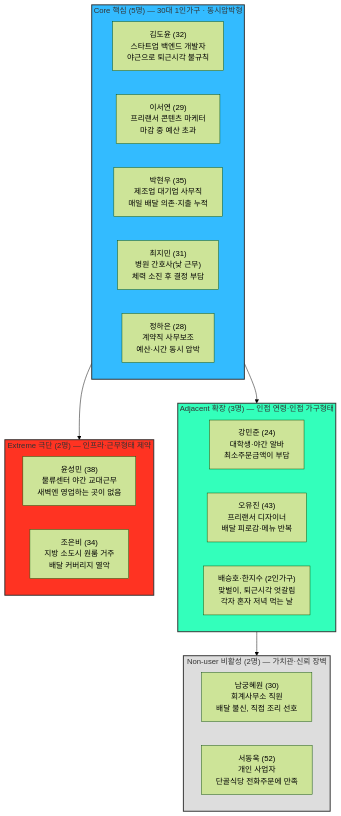
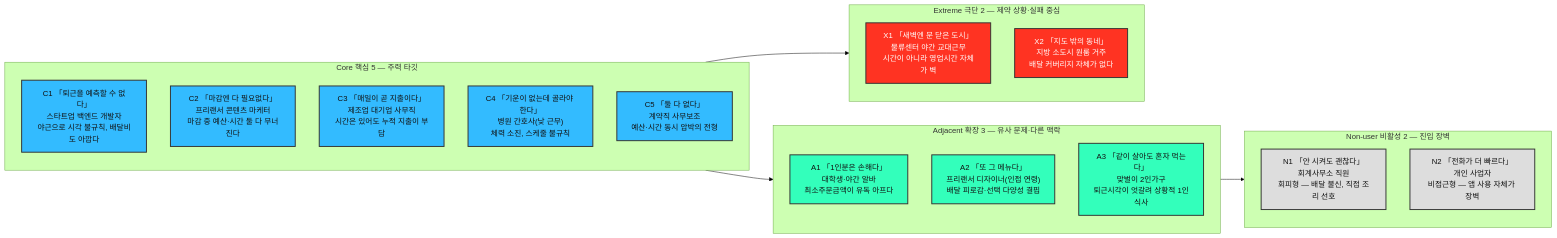
The diagram in 05.persona-journey-map/1인가구한끼해결-페르소나여정/02-페르소나스펙트럼.md (soobworks/business-research-practice), drawn with Mermaid (forest theme) before and after one commit. The commit also changed other lines of this file and 1 other file, not shown here.

````diff
--- a/05.persona-journey-map/1인가구한끼해결-페르소나여정/02-페르소나스펙트럼.md
+++ b/05.persona-journey-map/1인가구한끼해결-페르소나여정/02-페르소나스펙트럼.md
@@ -9,35 +41,42 @@
 ```mermaid
-graph TD
-    subgraph Core["Core 핵심 (5명) — 30대 1인가구 · 동시압박형"]
-        C1["김도윤 (32)<br>스타트업 백엔드 개발자<br>야근으로 퇴근시각 불규칙"]
-        C2["이서연 (29)<br>프리랜서 콘텐츠 마케터<br>마감 중 예산 초과"]
-        C3["박현우 (35)<br>제조업 대기업 사무직<br>매일 배달 의존·지출 누적"]
-        C4["최지민 (31)<br>병원 간호사(낮 근무)<br>체력 소진 후 결정 부담"]
-        C5["정하은 (28)<br>계약직 사무보조<br>예산·시간 동시 압박"]
+graph LR
+%% subgraph 안에 direction 을 넣지 말 것.
+%% 내부 노드끼리 연결선이 없어 모두 같은 rank 이므로, 진행 방향의 직각으로 배치된다.
+%% 부모의 LR 을 물려받아야 세로로 쌓이고, TB 를 주면 가로로 퍼진다.
+    subgraph CORE["Core 핵심 5 — 주력 타깃"]
+        C1["C1 「퇴근을 예측할 수 없다」<br>스타트업 백엔드 개발자<br>야근으로 시각 불규칙, 배달비도 아깝다"]
+        C2["C2 「마감엔 다 필요없다」<br>프리랜서 콘텐츠 마케터<br>마감 중 예산·시간 둘 다 무너진다"]
+        C3["C3 「매일이 곧 지출이다」<br>제조업 대기업 사무직<br>시간은 있어도 누적 지출이 부담"]
+        C4["C4 「기운이 없는데 골라야 한다」<br>병원 간호사(낮 근무)<br>체력 소진, 스케줄 불규칙"]
+        C5["C5 「둘 다 없다」<br>계약직 사무보조<br>예산·시간 동시 압박의 전형"]
     end
 
-    subgraph Adjacent["Adjacent 확장 (3명) — 인접 연령·인접 가구형태"]
-        A1["강민준 (24)<br>대학생·야간 알바<br>최소주문금액이 부담"]
-        A2["오유진 (43)<br>프리랜서 디자이너<br>배달 피로감·메뉴 반복"]
-        A3["배승호·한지수 (2인가구)<br>맞벌이, 퇴근시각 엇갈림<br>각자 혼자 저녁 먹는 날"]
+    subgraph ADJ["Adjacent 확장 3 — 유사 문제·다른 맥락"]
+        A1["A1 「1인분은 손해다」<br>대학생·야간 알바<br>최소주문금액이 유독 아프다"]
+        A2["A2 「또 그 메뉴다」<br>프리랜서 디자이너(인접 연령)<br>배달 피로감·선택 다양성 결핍"]
+        A3["A3 「같이 살아도 혼자 먹는다」<br>맞벌이 2인가구<br>퇴근시각이 엇갈려 상황적 1인식사"]
     end
 
-    subgraph Extreme["Extreme 극단 (2명) — 인프라·근무형태 제약"]
-        E1["윤성민 (38)<br>물류센터 야간 교대근무<br>새벽엔 영업하는 곳이 없음"]
-        E2["조은비 (34)<br>지방 소도시 원룸 거주<br>배달 커버리지 열악"]
+    subgraph EXT["Extreme 극단 2 — 제약 상황·실패 중심"]
+        X1["X1 「새벽엔 문 닫은 도시」<br>물류센터 야간 교대근무<br>시간이 아니라 영업시간 자체가 벽"]
+        X2["X2 「지도 밖의 동네」<br>지방 소도시 원룸 거주<br>배달 커버리지 자체가 없다"]
     end
 
-    subgraph Nonuser["Non-user 비활성 (2명) — 가치관·신뢰 장벽"]
-        N1["남궁혜원 (30)<br>회계사무소 직원<br>배달 불신, 직접 조리 선호"]
-        N2["서동욱 (52)<br>개인 사업자<br>단골식당 전화주문에 만족"]
+    subgraph NON["Non-user 비활성 2 — 진입 장벽"]
+        N1["N1 「안 시켜도 괜찮다」<br>회계사무소 직원<br>회피형 — 배달 불신, 직접 조리 선호"]
+        N2["N2 「전화가 더 빠르다」<br>개인 사업자<br>비접근형 — 앱 사용 자체가 장벽"]
     end
 
-    Core --> Adjacent
-    Core --> Extreme
-    Adjacent --> Nonuser
+    CORE --> ADJ
+    CORE --> EXT
+    ADJ --> NON
 
-    style Core fill:#33BBFF,stroke:#333,stroke-width:2px
-    style Adjacent fill:#33FFBB,stroke:#333,stroke-width:2px
-    style Extreme fill:#FF3322,stroke:#333,stroke-width:2px
-    style Nonuser fill:#DDDDDD,stroke:#333,stroke-width:2px
+    classDef core fill:#33BBFF,stroke:#333,stroke-width:2px,color:#111;
+    classDef adj fill:#33FFBB,stroke:#333,stroke-width:2px,color:#111;
+    classDef ext fill:#FF3322,stroke:#333,stroke-width:2px,color:#fff;
+    classDef non fill:#DDDDDD,stroke:#333,stroke-width:2px,color:#111;
+    class C1,C2,C3,C4,C5 core;
+    class A1,A2,A3 adj;
+    class X1,X2 ext;
+    class N1,N2 non;
 ```
````
